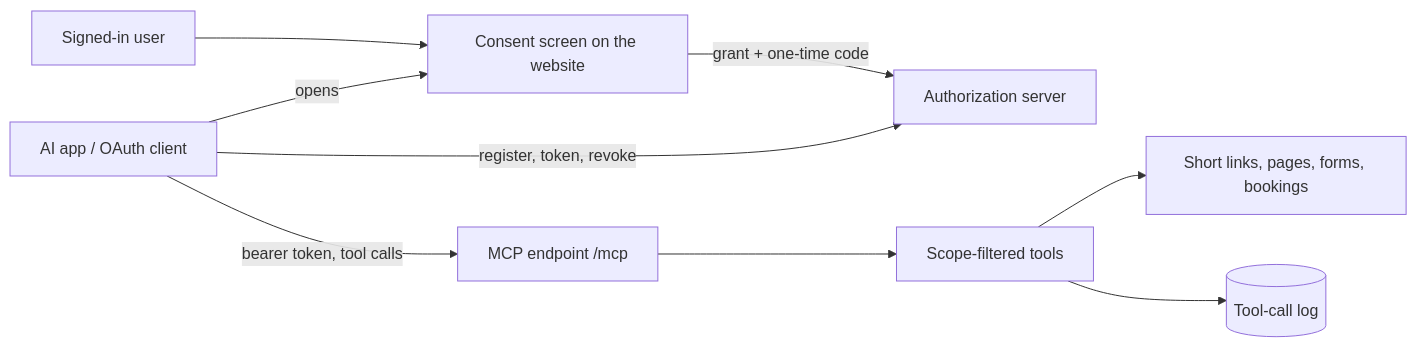
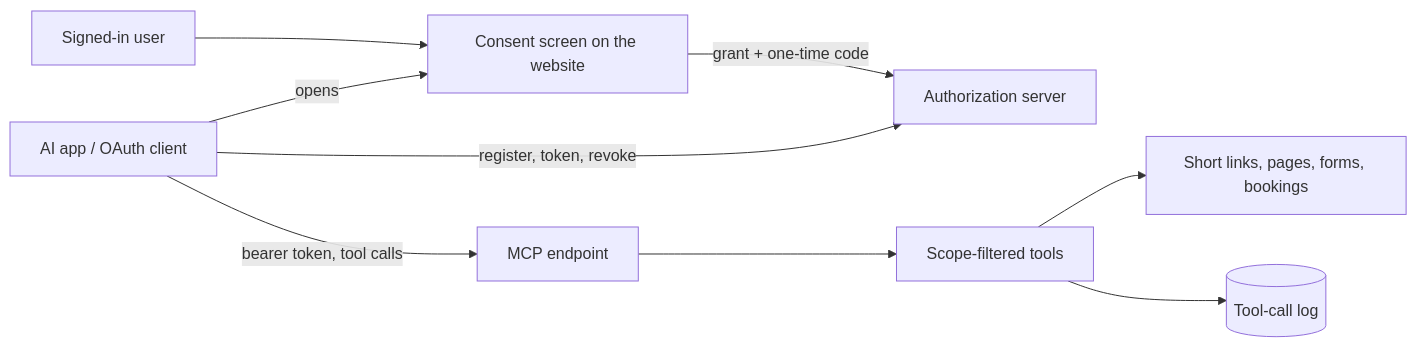
One commit to alexcastrodev/shortener changed the first of 2 diagrams in wiki/mcp-and-oauth.md. Above: the diagram before and after it, drawn with Mermaid. The commit also changed other lines of this file and 12 other files, not shown here.

````diff
--- a/wiki/mcp-and-oauth.md
+++ b/wiki/mcp-and-oauth.md
@@ -11,11 +11,11 @@
 ```mermaid
 flowchart LR
   App[AI app / OAuth client] -->|register, token, revoke| AS[Authorization server]
   App -->|opens| Consent[Consent screen on the website]
   User[Signed-in user] --> Consent
   Consent -->|grant + one-time code| AS
-  App -->|bearer token, tool calls| MCP[MCP endpoint /mcp]
+  App -->|bearer token, tool calls| MCP[MCP endpoint]
   MCP --> Tools[Scope-filtered tools]
   Tools --> Domain[Short links, pages, forms, bookings]
   Tools --> Log[(Tool-call log)]
 ```
````
